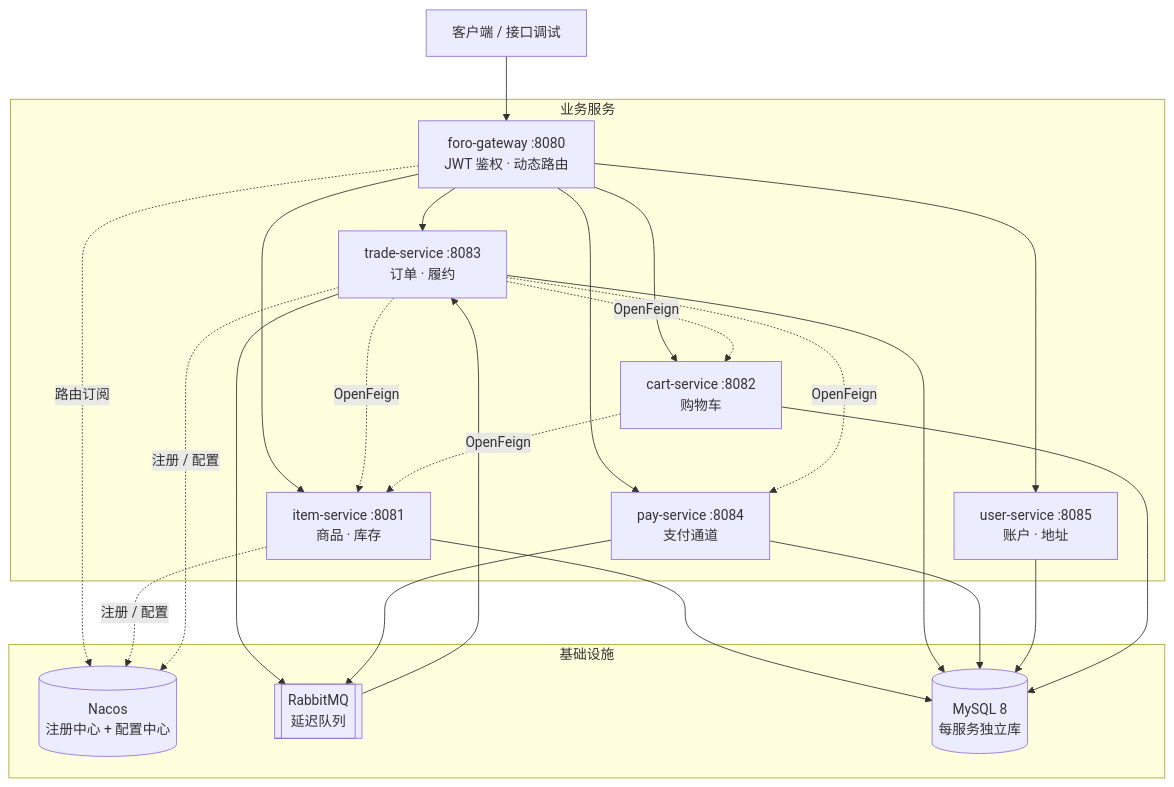
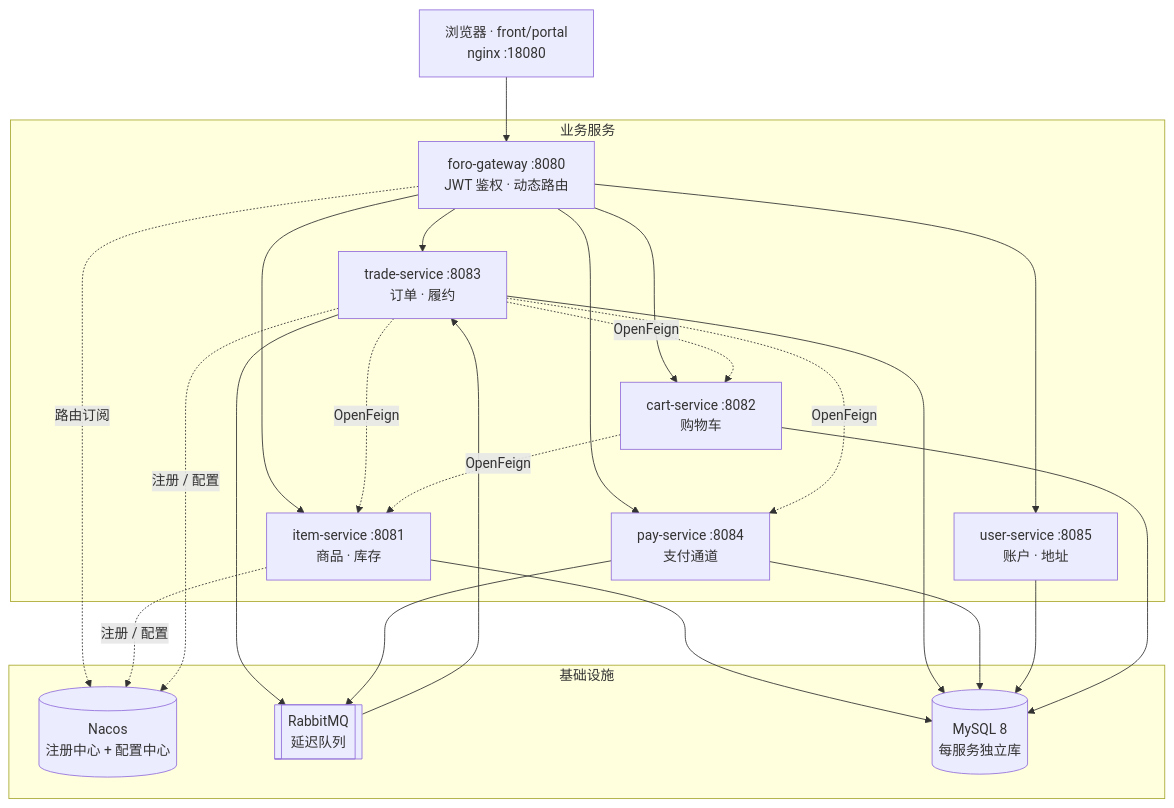
The first of 2 diagrams in README.md (Ayfwq/Foro), drawn with Mermaid before and after one commit. The commit also changed other lines of this file and 300 other files, not shown here.

````diff
--- a/README.md
+++ b/README.md
@@ -36,34 +38,34 @@
 ```mermaid
 flowchart TB
-    C["客户端 / 接口调试"] --> G["foro-gateway :8080<br/>JWT 鉴权 · 动态路由"]
+    C["浏览器 · front/portal<br/>nginx :18080"] --> G["foro-gateway :8080<br/>JWT 鉴权 · 动态路由"]
 
     subgraph 业务服务
         G --> I["item-service :8081<br/>商品 · 库存"]
         G --> CA["cart-service :8082<br/>购物车"]
         G --> T["trade-service :8083<br/>订单 · 履约"]
         G --> P["pay-service :8084<br/>支付通道"]
         G --> U["user-service :8085<br/>账户 · 地址"]
     end
 
     subgraph 基础设施
         N[("Nacos<br/>注册中心 + 配置中心")]
         MQ[["RabbitMQ<br/>延迟队列"]]
         DB[("MySQL 8<br/>每服务独立库")]
     end
 
     T -. OpenFeign .-> I
     T -. OpenFeign .-> CA
     T -. OpenFeign .-> P
     CA -. OpenFeign .-> I
     T --> MQ
     P --> MQ
     MQ --> T
     I --> DB
     T --> DB
     P --> DB
     U --> DB
     CA --> DB
     G -. 路由订阅 .-> N
     I -. 注册 / 配置 .-> N
     T -. 注册 / 配置 .-> N
 ```
````
